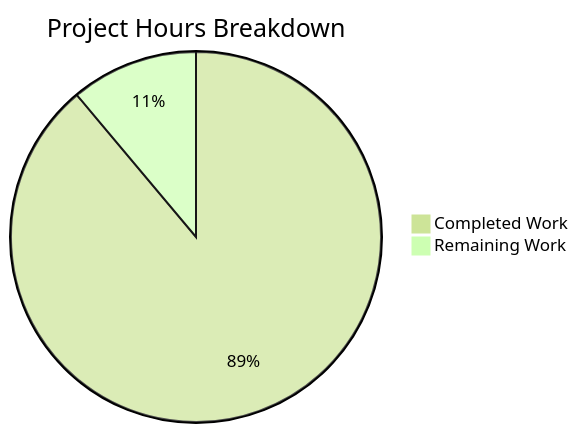
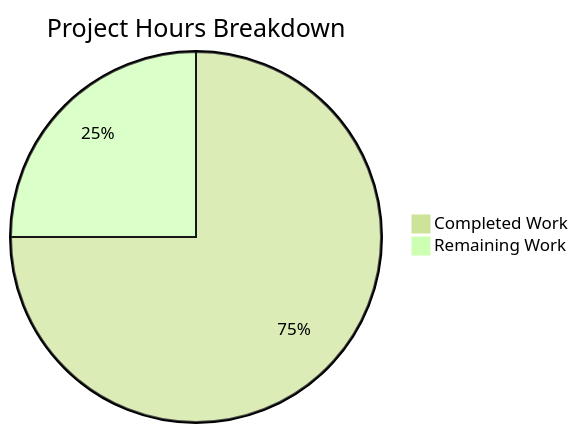
Before and after one commit to vaibhav-blitzy/backprop-test: the diagram in blitzy/documentation/Project Guide.md, drawn with Mermaid (forest theme). The commit also changed other lines of this file, not shown here.

Commit message:
Adding Blitzy Project Guide: Project Status and Human Tasks Remaining

````diff
--- a/blitzy/documentation/Project Guide.md
+++ b/blitzy/documentation/Project Guide.md
@@ -30,5 +83,5 @@
 ```mermaid
 pie title Project Hours Breakdown
-    "Completed Work" : 4
-    "Remaining Work" : 0.5
+    "Completed Work" : 3
+    "Remaining Work" : 1
 ```
````
